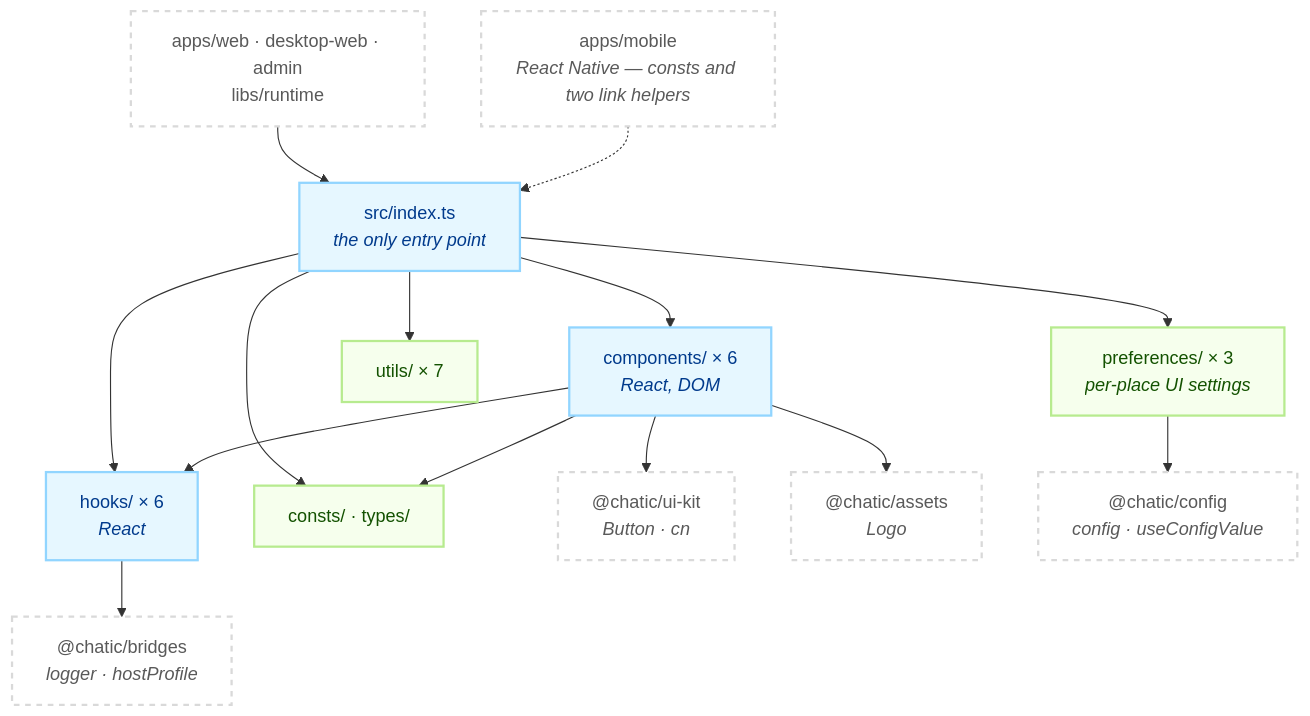
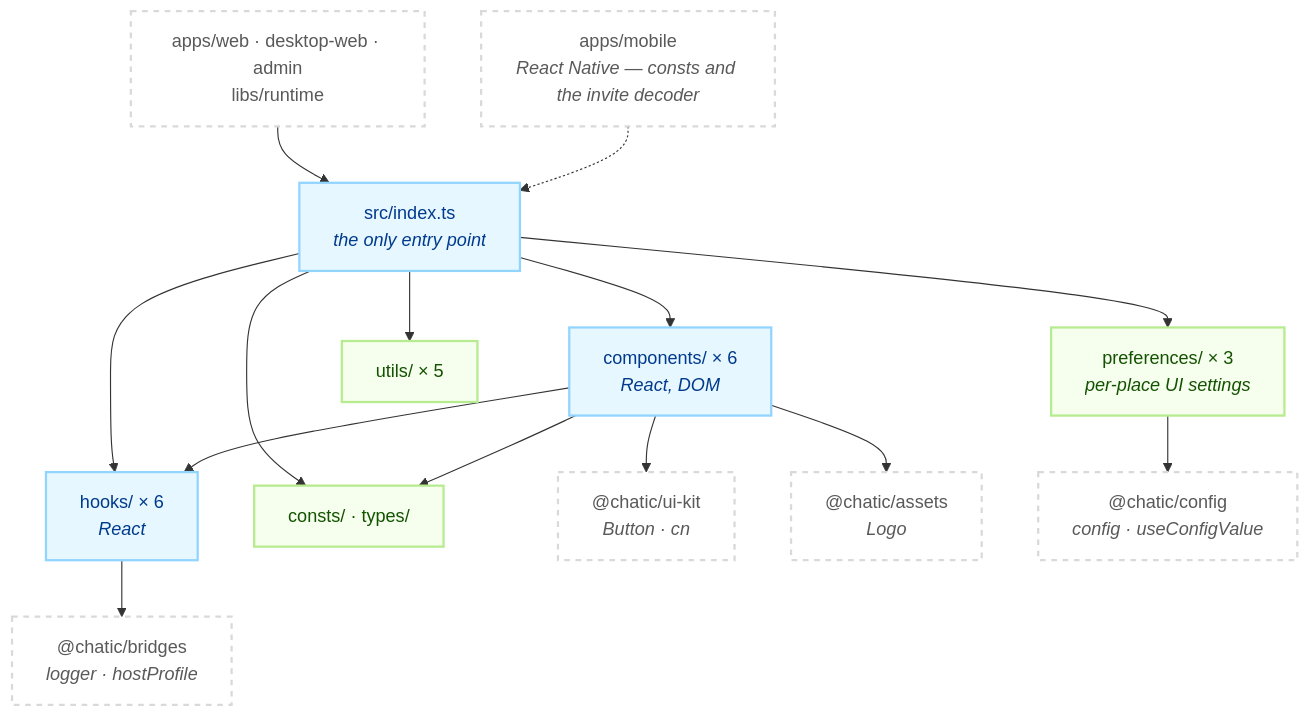
One commit to lemoncloud-io/dou-app changed the first of 2 diagrams in libs/shared/README.md. Above: the diagram before and after it, drawn with Mermaid. The commit also changed other lines of this file and 65 other files, not shown here.

````diff
--- a/libs/shared/README.md
+++ b/libs/shared/README.md
@@ -129,36 +129,36 @@
 ```mermaid
 flowchart TD
     classDef grp fill:#e6f7ff,stroke:#91d5ff,stroke-width:2px,color:#003a8c;
     classDef pure fill:#f6ffed,stroke:#b7eb8f,stroke-width:2px,color:#135200;
     classDef ext fill:#ffffff,stroke:#d9d9d9,stroke-width:2px,color:#595959,stroke-dasharray: 5 5;
 
     App["apps/web · desktop-web · admin<br/>libs/runtime"]:::ext
-    RN["apps/mobile<br/><i>React Native — consts and two link helpers</i>"]:::ext
+    RN["apps/mobile<br/><i>React Native — consts and the invite decoder</i>"]:::ext
 
     Barrel["src/index.ts<br/><i>the only entry point</i>"]:::grp
 
     Comp["components/ × 6<br/><i>React, DOM</i>"]:::grp
     Hooks["hooks/ × 6<br/><i>React</i>"]:::grp
     Prefs["preferences/ × 3<br/><i>per-place UI settings</i>"]:::pure
-    Utils["utils/ × 7"]:::pure
+    Utils["utils/ × 5"]:::pure
     Const["consts/ · types/"]:::pure
 
     UiKit["@chatic/ui-kit<br/><i>Button · cn</i>"]:::ext
     Assets["@chatic/assets<br/><i>Logo</i>"]:::ext
     Bridges["@chatic/bridges<br/><i>logger · hostProfile</i>"]:::ext
     Cfg["@chatic/config<br/><i>config · useConfigValue</i>"]:::ext
 
     App --> Barrel
     RN -.-> Barrel
     Barrel --> Comp
     Barrel --> Hooks
     Barrel --> Prefs
     Barrel --> Utils
     Barrel --> Const
     Comp --> Hooks
     Comp --> Const
     Comp --> UiKit
     Comp --> Assets
     Hooks --> Bridges
     Prefs --> Cfg
 ```
````
